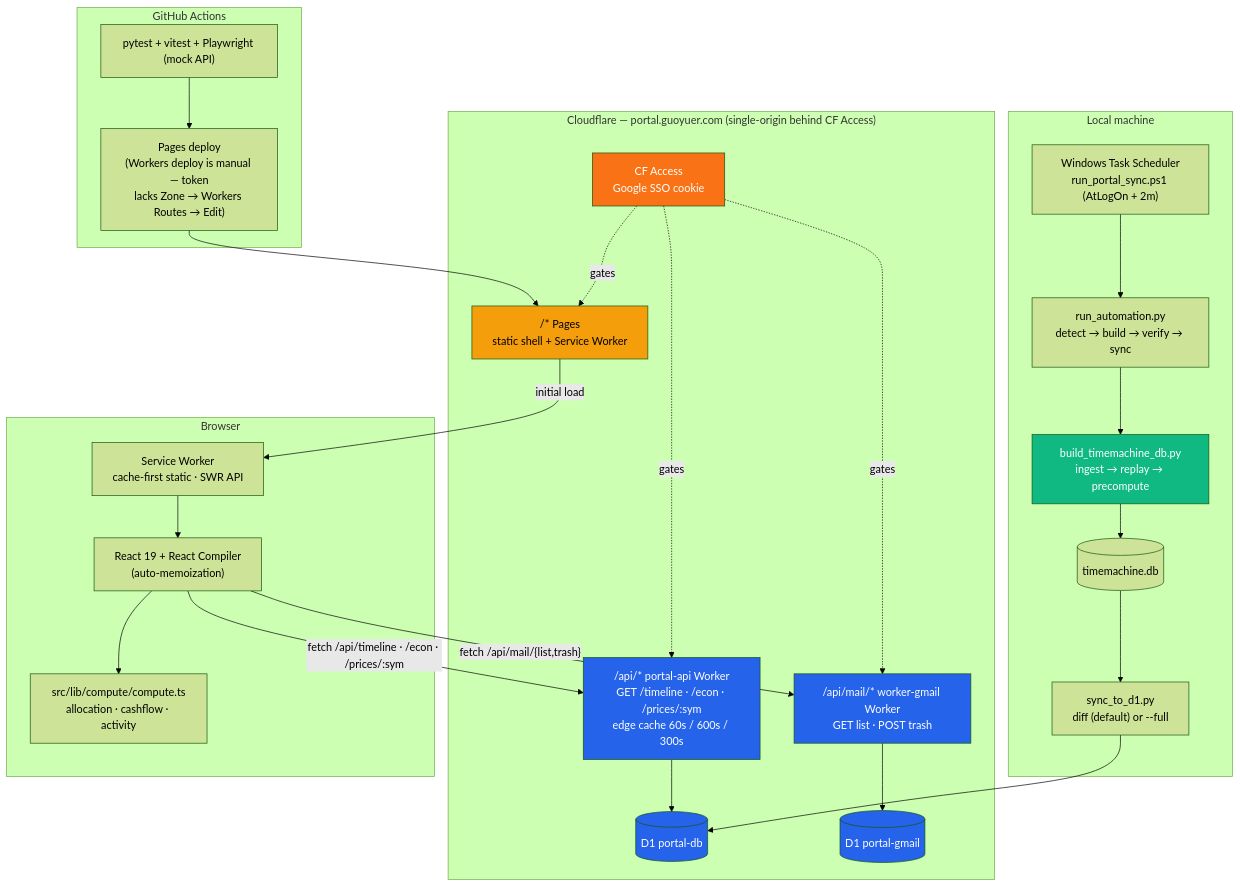
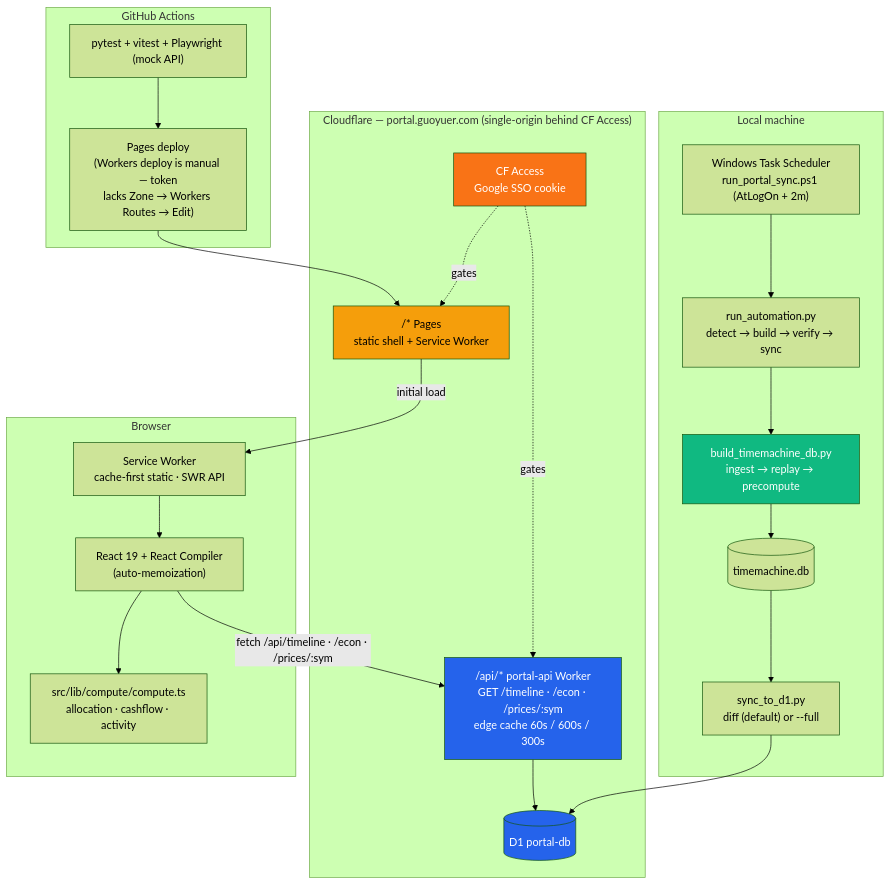
The first of 3 diagrams in README.md (Guoyuer/portal), drawn with Mermaid (forest theme) before and after one commit. The commit also changed other lines of this file and 46 other files, not shown here.

First line of the commit message:
chore: remove Gmail triage / /mail tab feature

````diff
--- a/README.md
+++ b/README.md
@@ -9,45 +9,40 @@
 ```mermaid
 graph TB
     subgraph Local["Local machine"]
         TASK["Windows Task Scheduler<br/>run_portal_sync.ps1 (AtLogOn + 2m)"]
         AUTO["run_automation.py<br/>detect → build → verify → sync"]
         BUILD["build_timemachine_db.py<br/>ingest → replay → precompute"]
         DB[(timemachine.db)]
         SYNC["sync_to_d1.py<br/>diff (default) or --full"]
     end
 
     subgraph Cloud["Cloudflare — portal.guoyuer.com (single-origin behind CF Access)"]
         ACCESS["CF Access<br/>Google SSO cookie"]
         PAGES["/* Pages<br/>static shell + Service Worker"]
         WAPI["/api/* portal-api Worker<br/>GET /timeline · /econ · /prices/:sym<br/>edge cache 60s / 600s / 300s"]
-        WMAIL["/api/mail/* worker-gmail Worker<br/>GET list · POST trash"]
         D1[(D1 portal-db)]
-        D1M[(D1 portal-gmail)]
     end
 
     subgraph Browser
         SW["Service Worker<br/>cache-first static · SWR API"]
         UI["React 19 + React Compiler<br/>(auto-memoization)"]
         COMPUTE["src/lib/compute/compute.ts<br/>allocation · cashflow · activity"]
     end
 
     subgraph CI["GitHub Actions"]
         CI_TEST["pytest + vitest + Playwright (mock API)"]
         CI_DEPLOY["Pages deploy<br/>(Workers deploy is manual — token<br/>lacks Zone → Workers Routes → Edit)"]
     end
 
     TASK --> AUTO --> BUILD --> DB --> SYNC --> D1
-    ACCESS -.gates.-> PAGES & WAPI & WMAIL
+    ACCESS -.gates.-> PAGES & WAPI
     PAGES -->|initial load| SW --> UI --> COMPUTE
     UI -->|"fetch /api/timeline · /econ · /prices/:sym"| WAPI --> D1
-    UI -->|"fetch /api/mail/{list,trash}"| WMAIL --> D1M
     CI_TEST --> CI_DEPLOY --> PAGES
 
     style BUILD fill:#10b981,color:#fff
     style WAPI fill:#2563eb,color:#fff
-    style WMAIL fill:#2563eb,color:#fff
     style PAGES fill:#f59e0b,color:#000
     style ACCESS fill:#f97316,color:#fff
     style D1 fill:#2563eb,color:#fff
-    style D1M fill:#2563eb,color:#fff
 ```
````
